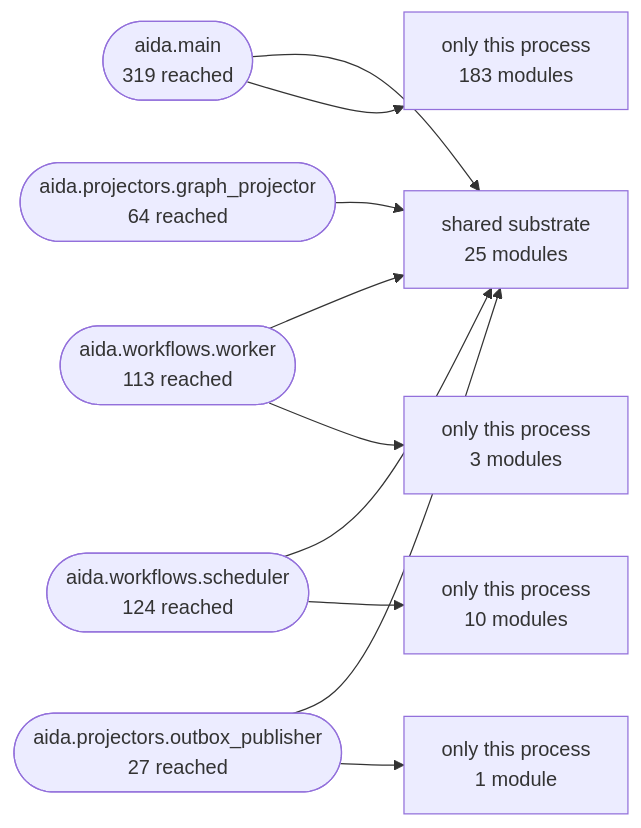
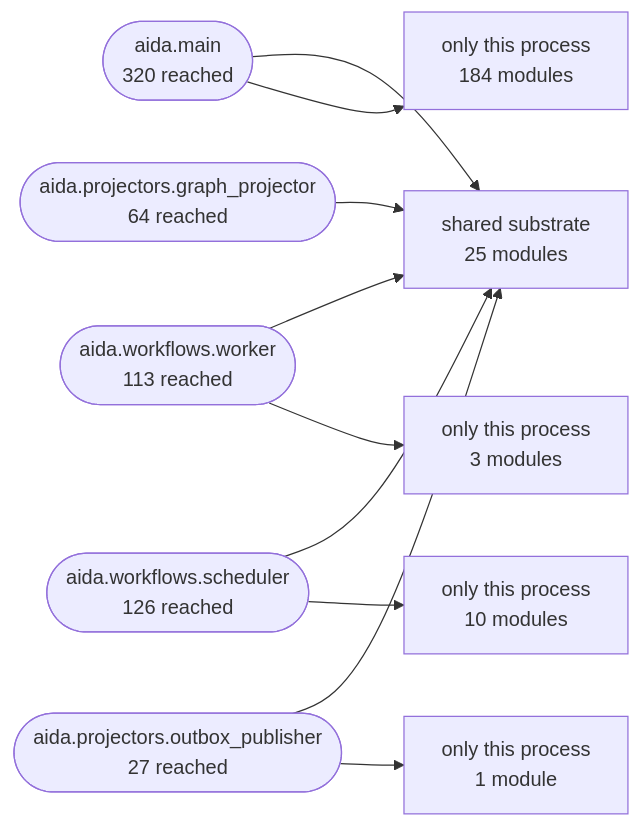
Before and after one commit to karuppusamym/AIDataAnalyst: the second of 3 diagrams in Docs/10-architecture/14-generated-architecture-map.md, drawn with Mermaid. The commit also changed other lines of this file and 17 other files, not shown here.

````diff
--- a/Docs/10-architecture/14-generated-architecture-map.md
+++ b/Docs/10-architecture/14-generated-architecture-map.md
@@ -172,22 +172,22 @@
 ```mermaid
 graph LR
   shared["shared substrate<br/>25 modules"]
-  aida_main(["aida.main<br/>319 reached"])
+  aida_main(["aida.main<br/>320 reached"])
   aida_workflows_worker(["aida.workflows.worker<br/>113 reached"])
-  aida_workflows_scheduler(["aida.workflows.scheduler<br/>124 reached"])
+  aida_workflows_scheduler(["aida.workflows.scheduler<br/>126 reached"])
   aida_projectors_graph_projector(["aida.projectors.graph_projector<br/>64 reached"])
   aida_projectors_outbox_publisher(["aida.projectors.outbox_publisher<br/>27 reached"])
   aida_main --> shared
-  only_aida_main["only this process<br/>183 modules"]
+  only_aida_main["only this process<br/>184 modules"]
   aida_main --> only_aida_main
   aida_workflows_worker --> shared
   only_aida_workflows_worker["only this process<br/>3 modules"]
   aida_workflows_worker --> only_aida_workflows_worker
   aida_workflows_scheduler --> shared
   only_aida_workflows_scheduler["only this process<br/>10 modules"]
   aida_workflows_scheduler --> only_aida_workflows_scheduler
   aida_projectors_graph_projector --> shared
   aida_projectors_outbox_publisher --> shared
   only_aida_projectors_outbox_publisher["only this process<br/>1 module"]
   aida_projectors_outbox_publisher --> only_aida_projectors_outbox_publisher
 ```
````
